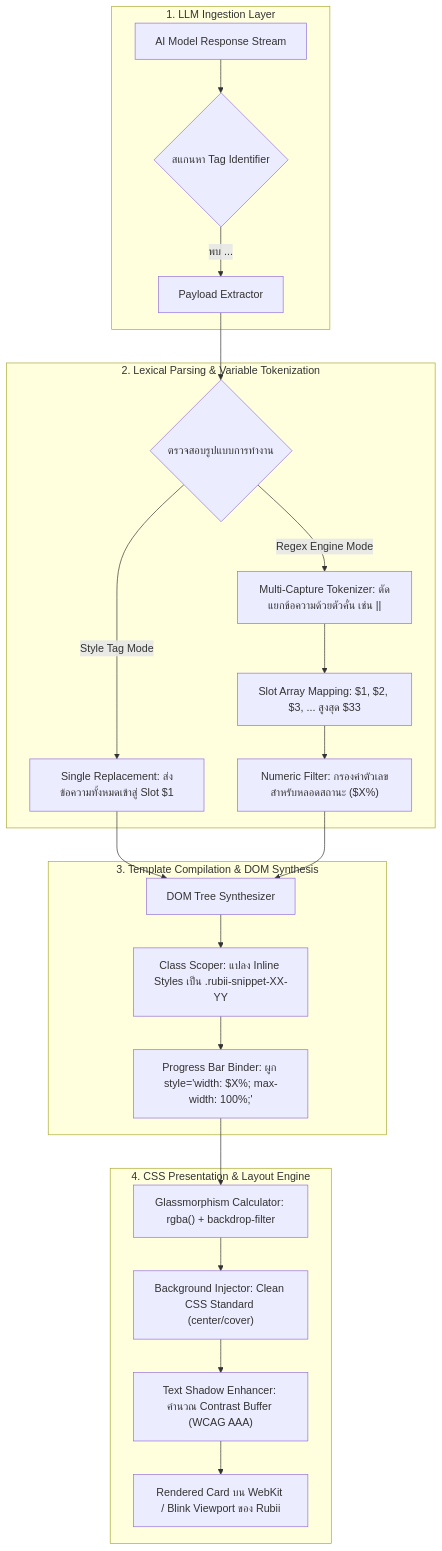
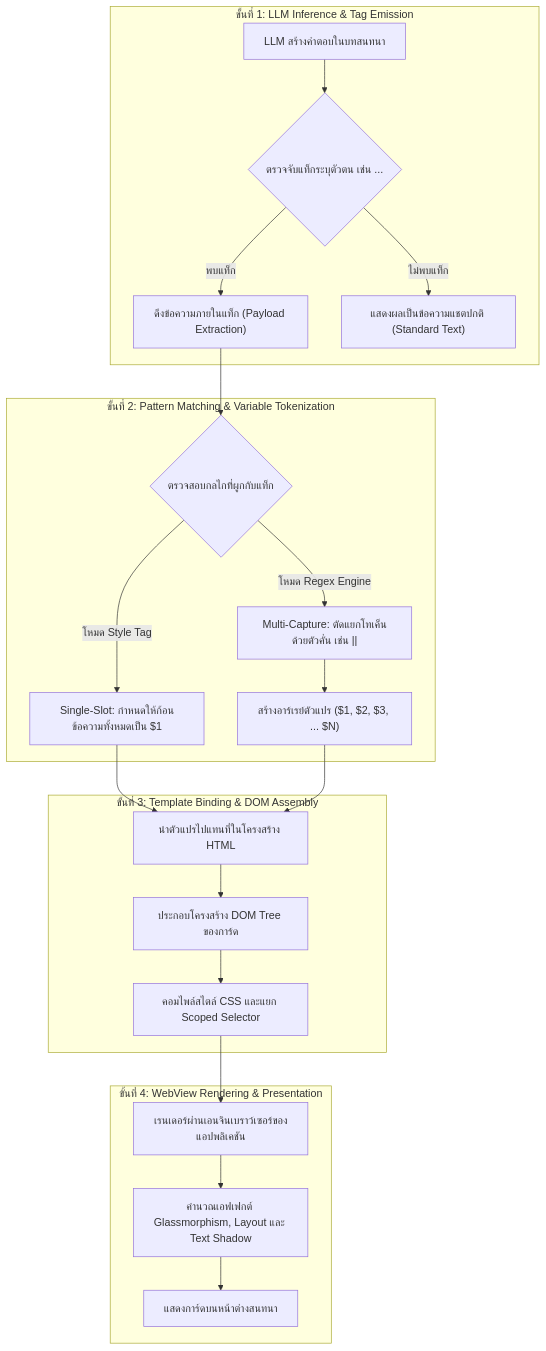
Before and after one commit to jadesolju/Snippet-Studio: the first of 6 diagrams in RUBII_CORE_ARCHITECTURE_AND_CSS_ENGINEERING.md, drawn with Mermaid. The commit also changed other lines of this file, not shown here.

Commit message:
docs: rewrite Rubii architecture and developer guide focusing on core principles, HTML/CSS/Regex recommendations, and empirical failure analysis

````diff
--- a/RUBII_CORE_ARCHITECTURE_AND_CSS_ENGINEERING.md
+++ b/RUBII_CORE_ARCHITECTURE_AND_CSS_ENGINEERING.md
@@ -31,29 +31,28 @@
 ```mermaid
 flowchart TD
-    subgraph Layer1["1. LLM Ingestion Layer"]
-        A1["AI Model Response Stream"] --> A2{"สแกนหา Tag Identifier"}
-        A2 -->|"พบ <tag>...</tag>"| A3["Payload Extractor"]
+    subgraph Step1["ขั้นที่ 1: LLM Inference & Tag Emission"]
+        A1["LLM สร้างคำตอบในบทสนทนา"] --> A2{"ตรวจจับแท็กระบุตัวตน เช่น <tag>...</tag>"}
+        A2 -->|"พบแท็ก"| A3["ดึงข้อความภายในแท็ก (Payload Extraction)"]
+        A2 -->|"ไม่พบแท็ก"| A4["แสดงผลเป็นข้อความแชตปกติ (Standard Text)"]
     end
 
-    subgraph Layer2["2. Lexical Parsing & Variable Tokenization"]
-        A3 --> B1{"ตรวจสอบรูปแบบการทำงาน"}
-        B1 -->|"Style Tag Mode"| B2["Single Replacement: ส่งข้อความทั้งหมดเข้าสู่ Slot $1"]
-        B1 -->|"Regex Engine Mode"| B3["Multi-Capture Tokenizer: ตัดแยกข้อความด้วยตัวคั่น เช่น ||"]
-        B3 --> B4["Slot Array Mapping: $1, $2, $3, ... สูงสุด $33"]
-        B4 --> B5["Numeric Filter: กรองค่าตัวเลขสำหรับหลอดสถานะ ($X%)"]
+    subgraph Step2["ขั้นที่ 2: Pattern Matching & Variable Tokenization"]
+        A3 --> B1{"ตรวจสอบกลไกที่ผูกกับแท็ก"}
+        B1 -->|"โหมด Style Tag"| B2["Single-Slot: กำหนดให้ก้อนข้อความทั้งหมดเป็น $1"]
+        B1 -->|"โหมด Regex Engine"| B3["Multi-Capture: ตัดแยกโทเค็นด้วยตัวคั่น เช่น ||"]
+        B3 --> B4["สร้างอาร์เรย์ตัวแปร ($1, $2, $3, ... $N)"]
     end
 
-    subgraph Layer3["3. Template Compilation & DOM Synthesis"]
-        B2 --> C1["DOM Tree Synthesizer"]
-        B5 --> C1
-        C1 --> C2["Class Scoper: แปลง Inline Styles เป็น .rubii-snippet-XX-YY"]
-        C2 --> C3["Progress Bar Binder: ผูก style='width: $X%; max-width: 100%;'"]
+    subgraph Step3["ขั้นที่ 3: Template Binding & DOM Assembly"]
+        B2 --> C1["นำตัวแปรไปแทนที่ในโครงสร้าง HTML"]
+        B4 --> C1
+        C1 --> C2["ประกอบโครงสร้าง DOM Tree ของการ์ด"]
+        C2 --> C3["คอมไพล์สไตล์ CSS และแยก Scoped Selector"]
     end
 
-    subgraph Layer4["4. CSS Presentation & Layout Engine"]
-        C3 --> D1["Glassmorphism Calculator: rgba() + backdrop-filter"]
-        D1 --> D2["Background Injector: Clean CSS Standard (center/cover)"]
-        D2 --> D3["Text Shadow Enhancer: คำนวณ Contrast Buffer (WCAG AAA)"]
-        D3 --> D4["Rendered Card บน WebKit / Blink Viewport ของ Rubii"]
+    subgraph Step4["ขั้นที่ 4: WebView Rendering & Presentation"]
+        C3 --> D1["เรนเดอร์ผ่านเอนจินเบราว์เซอร์ของแอปพลิเคชัน"]
+        D1 --> D2["คำนวณเอฟเฟกต์ Glassmorphism, Layout และ Text Shadow"]
+        D2 --> D3["แสดงการ์ดบนหน้าต่างสนทนา"]
     end
 ```
````
